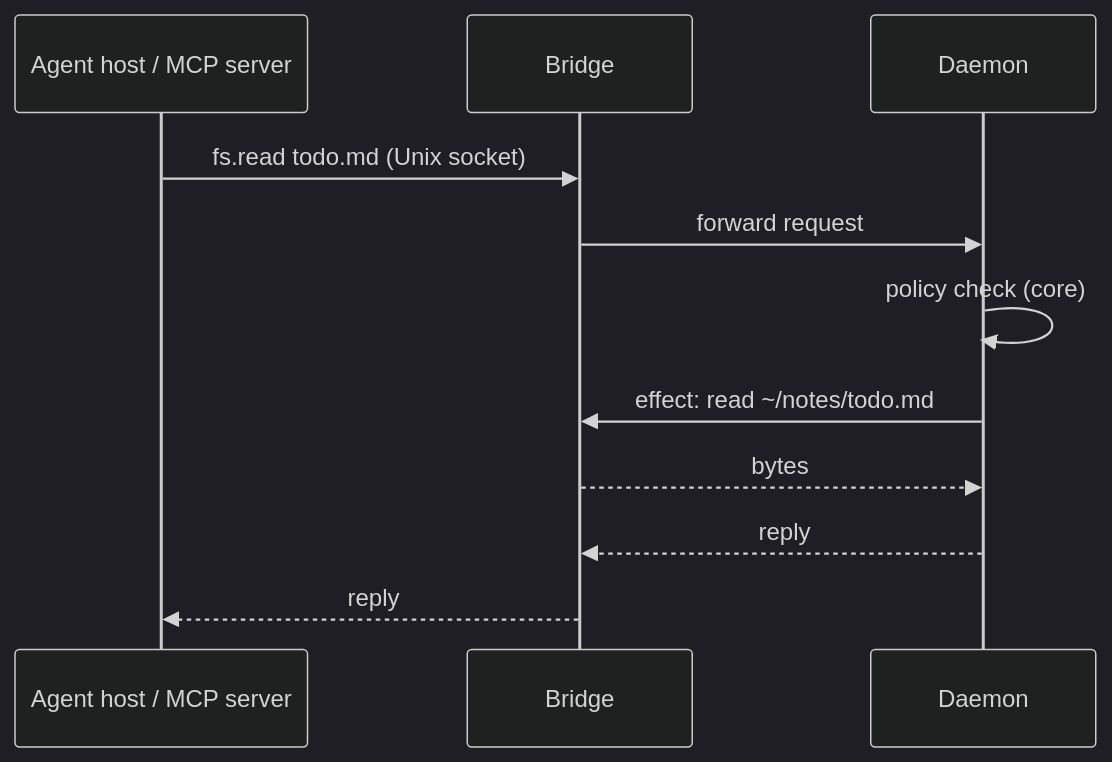
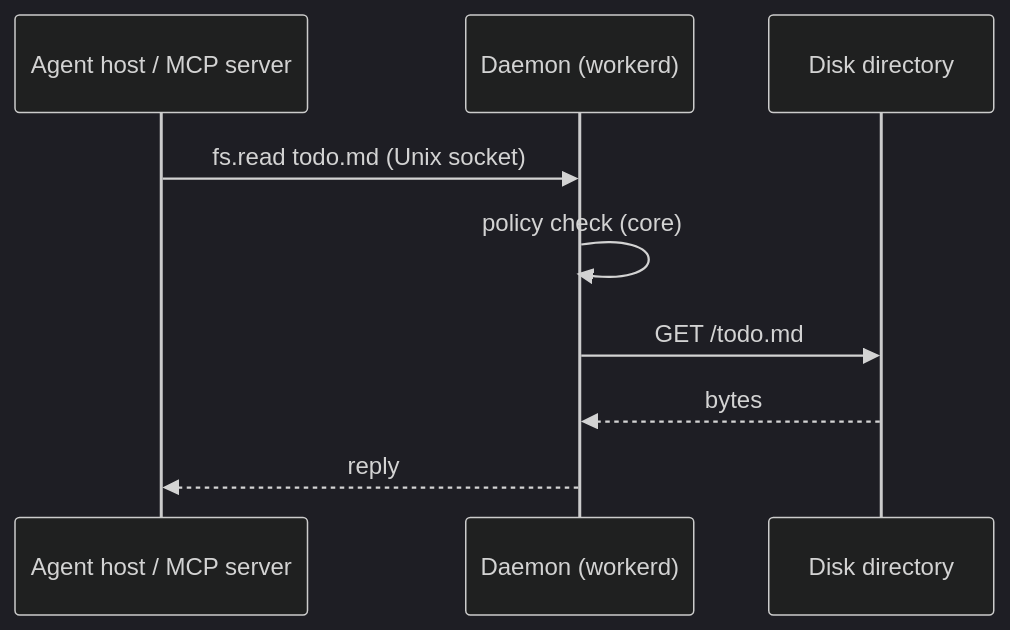
The second of 2 diagrams in daemon/docs/architecture.md (StevenJPx2/workhorse), drawn with Mermaid (dark theme) before and after one commit. The commit also changed other lines of this file and 1 other file, not shown here.

First line of the commit message:
docs(daemon): TypeScript core in a workerd-only daemon

````diff
--- a/daemon/docs/architecture.md
+++ b/daemon/docs/architecture.md
@@ -39,13 +37,11 @@
 ```mermaid
 sequenceDiagram
     participant H as Agent host / MCP server
-    participant B as Bridge
-    participant D as Daemon
-    H->>B: fs.read todo.md (Unix socket)
-    B->>D: forward request
+    participant D as Daemon (workerd)
+    participant F as Disk directory
+    H->>D: fs.read todo.md (Unix socket)
     D->>D: policy check (core)
-    D->>B: effect: read ~/notes/todo.md
-    B-->>D: bytes
-    D-->>B: reply
-    B-->>H: reply
+    D->>F: GET /todo.md
+    F-->>D: bytes
+    D-->>H: reply
 ```
````
